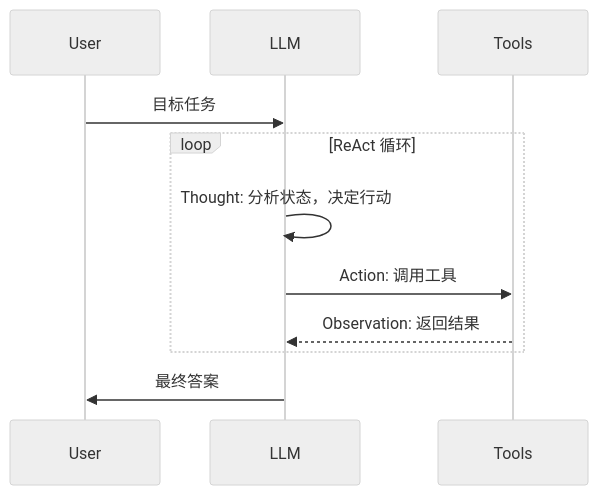
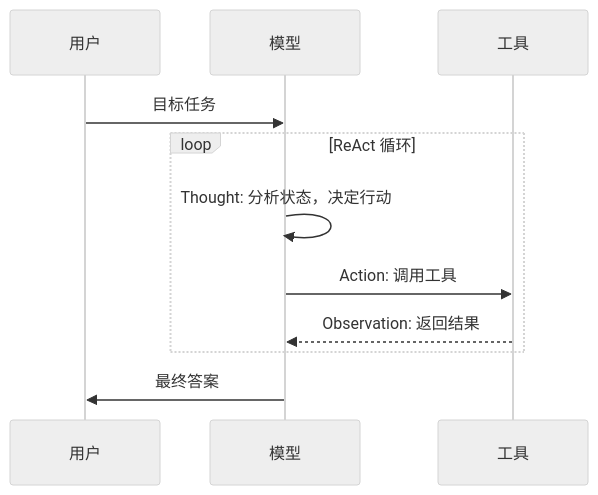
The second of 4 diagrams in docs/agent-applications/agent-systems/llm-to-agent.md (fenixsoft/dmla), drawn with Mermaid (neutral theme) before and after one commit. The commit also changed other lines of this file and 1 other file, not shown here.

Commit message:
docs: 精简 LLM-to-Agent 文档内容

````diff
--- a/docs/agent-applications/agent-systems/llm-to-agent.md
+++ b/docs/agent-applications/agent-systems/llm-to-agent.md
@@ -51,14 +49,14 @@
 ```mermaid compact
 sequenceDiagram
-    participant User
-    participant LLM
-    participant Tools
+    participant User as 用户
+    participant LLM as 模型
+    participant Tools as 工具
 
     User->>LLM: 目标任务
     loop ReAct 循环
         LLM->>LLM: Thought: 分析状态，决定行动
         LLM->>Tools: Action: 调用工具
         Tools-->>LLM: Observation: 返回结果
     end
     LLM->>User: 最终答案
 ```
````
